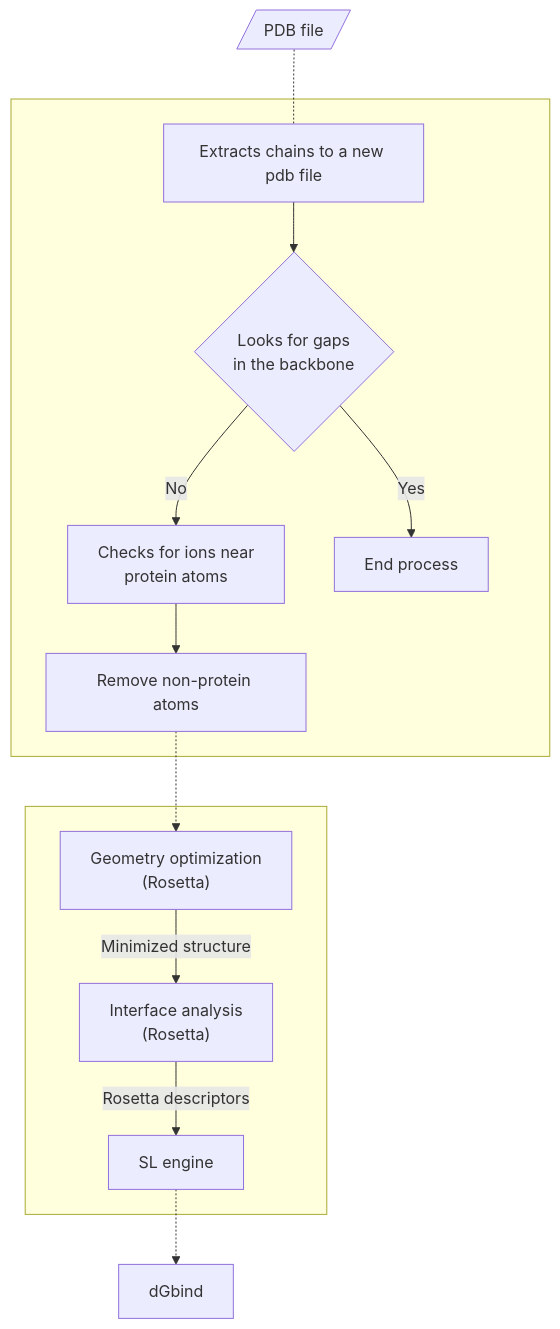
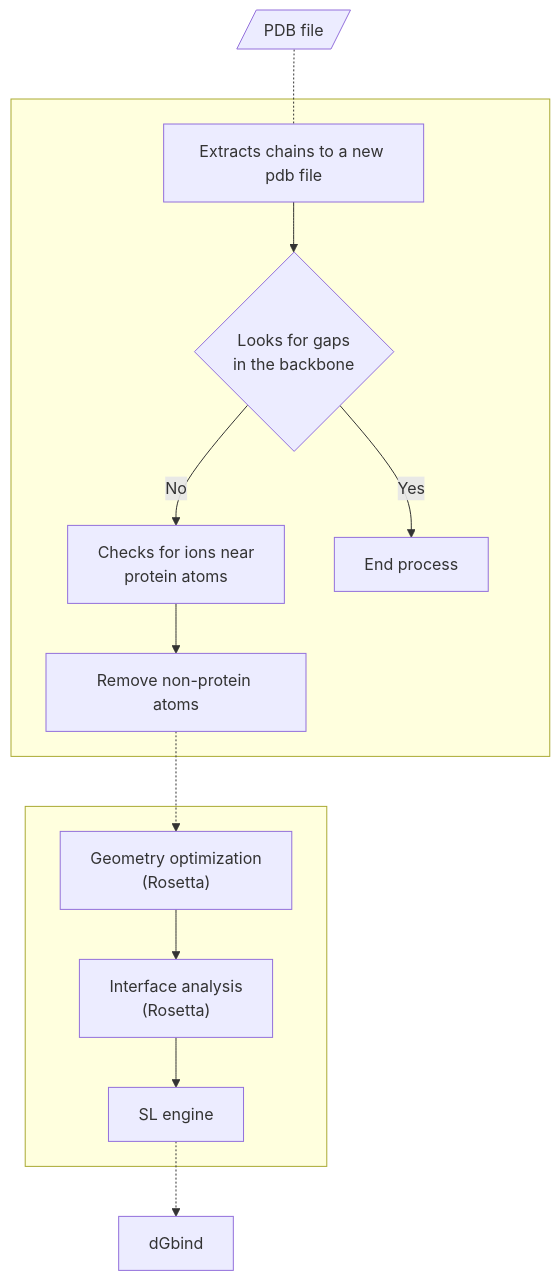
The diagram in README.md (eltonjfc/pbee), drawn with Mermaid before and after one commit. The commit also changed other lines of this file and 4 other files, not shown here.

````diff
--- a/README.md
+++ b/README.md
@@ -7,28 +7,28 @@
 ```mermaid
 flowchart TB
 	pdb[/PDB file/] 
 	step1[Extracts chains to a new pdb file] 
 	step2{Looks for gaps \n in the backbone}
 	step3[Checks for ions near \n protein atoms] 
 	step4[Remove non-protein atoms] 
 	step5["Geometry optimization \n (Rosetta)"] 
 	step6["Interface analysis \n (Rosetta)"] 
 	step7[SL engine]
 	result[dGbind]
 	ends[End process]
 	
 	subgraph B[ ]
-	step5 --> |Minimized structure| step6 --> |Rosetta descriptors| step7
+	step5 --> step6 --> step7
 	end 
 	
 	subgraph A[ ]
 	step1 --> step2
 	step2 --> |Yes| ends
 	step2 --> |No| step3
 	step3 --> step4
 	end 
 	
 	pdb -.- step1
 	step4 -.-> step5
 	step7 -.-> result
 ``` 
````
